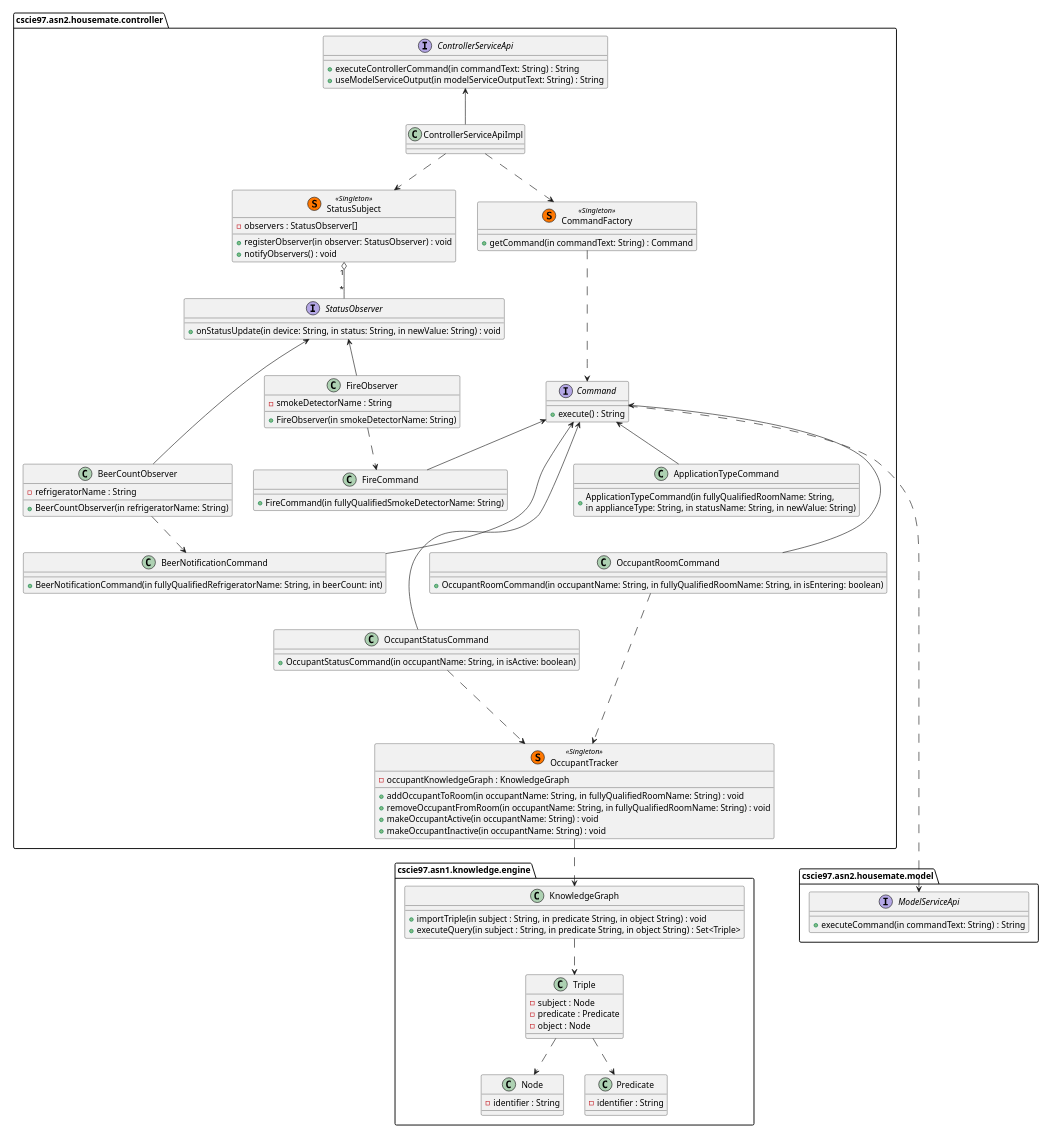
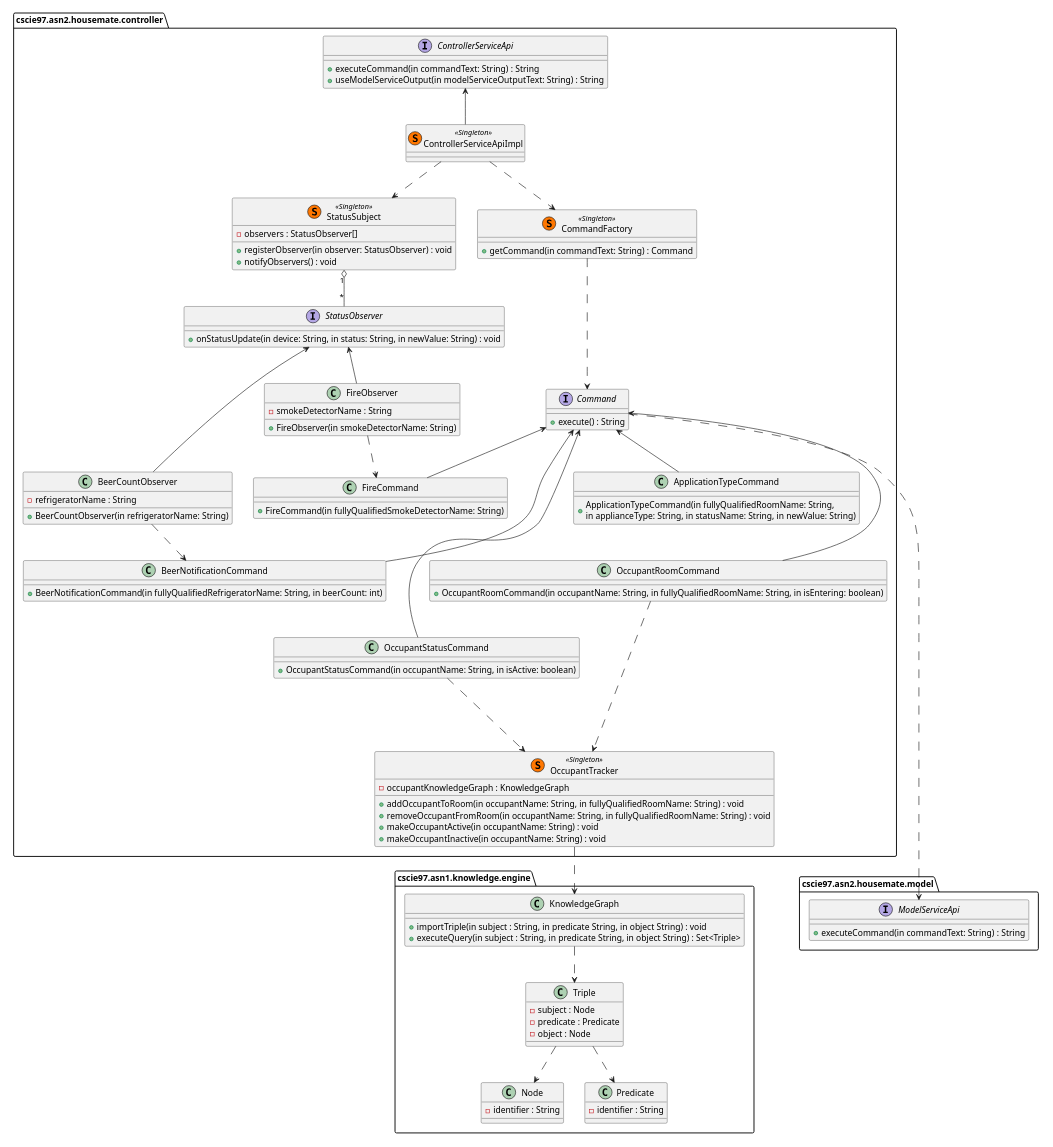
The third of 4 diagrams in cscie97/asn3/design.md (erikorlowski/cscie97), drawn with PlantUML before and after one commit. The commit also changed other lines of this file, not shown here.

Commit message:
Added a sequence diagram.

```diff
--- a/cscie97/asn3/design.md
+++ b/cscie97/asn3/design.md
@@ -161,11 +161,11 @@
 
 package cscie97.asn2.housemate.controller {
     interface ControllerServiceApi {
-        + executeControllerCommand(in commandText: String) : String
+        + executeCommand(in commandText: String) : String
         + useModelServiceOutput(in modelServiceOutputText: String) : String
     }
 
-    class ControllerServiceApiImpl {
+    class ControllerServiceApiImpl << (S,#FF7700) Singleton >> {
         
     }
 
```
